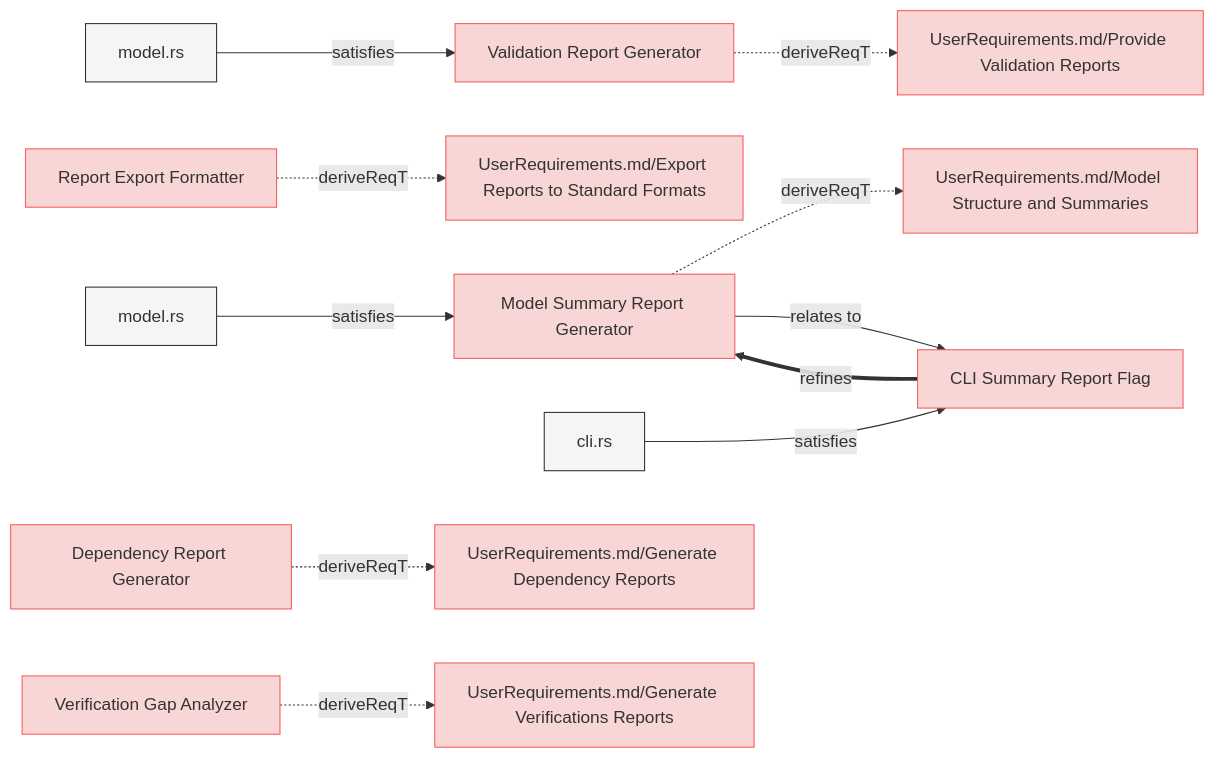
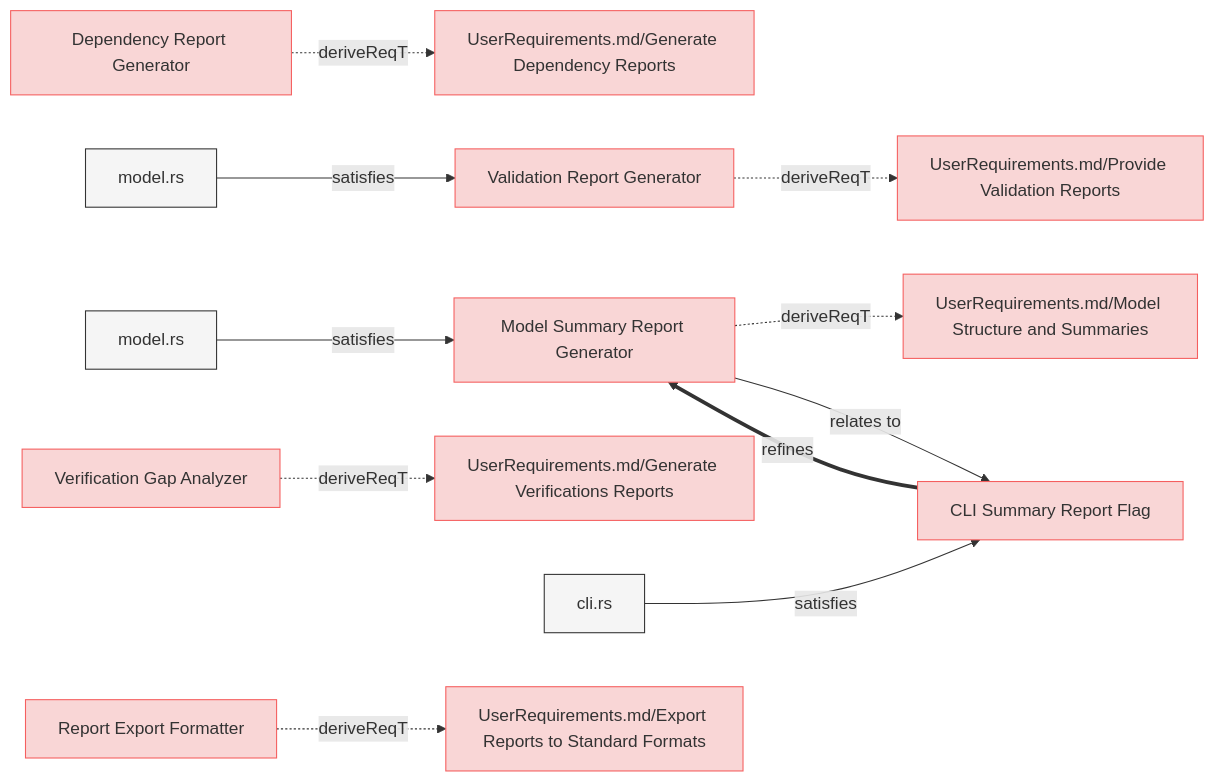
Before and after one commit to reqvire-org/reqvire: the eighth of 8 diagrams in specifications/SystemRequirements/Requirements.md, drawn with Mermaid. The commit also changed other lines of this file and 7 other files, not shown here.

````diff
--- a/specifications/SystemRequirements/Requirements.md
+++ b/specifications/SystemRequirements/Requirements.md
@@ -1017,61 +1017,61 @@
 ```mermaid
 graph LR;
   %% Graph styling
   classDef requirement fill:#f9d6d6,stroke:#f55f5f,stroke-width:1px;
   classDef verification fill:#d6f9d6,stroke:#5fd75f,stroke-width:1px;
   classDef externalLink fill:#d0e0ff,stroke:#3080ff,stroke-width:1px;
   classDef default fill:#f5f5f5,stroke:#333333,stroke-width:1px;
 
+  57cbef16c5["Dependency Report Generator"];
+  click 57cbef16c5 "Requirements.md#dependency-report-generator";
+  class 57cbef16c5 requirement;
+  812d42f453["UserRequirements.md/Generate Dependency Reports"];
+  class 812d42f453 requirement;
+  click 812d42f453 "../UserRequirements.md#generate-dependency-reports";
+  57cbef16c5 -.->|deriveReqT| 812d42f453;
   143766be8c["Validation Report Generator"];
   click 143766be8c "Requirements.md#validation-report-generator";
   class 143766be8c requirement;
   482c757913["UserRequirements.md/Provide Validation Reports"];
   class 482c757913 requirement;
   click 482c757913 "../UserRequirements.md#provide-validation-reports";
   143766be8c -.->|deriveReqT| 482c757913;
   6136c216c9["model.rs"];
   class 6136c216c9 default;
   click 6136c216c9 "../../core/src/model.rs";
   6136c216c9 -->|satisfies| 143766be8c;
-  2ccb7e5510["Report Export Formatter"];
-  click 2ccb7e5510 "Requirements.md#report-export-formatter";
-  class 2ccb7e5510 requirement;
-  2afa7f3a20["UserRequirements.md/Export Reports to Standard Formats"];
-  class 2afa7f3a20 requirement;
-  click 2afa7f3a20 "../UserRequirements.md#export-reports-to-standard-formats";
-  2ccb7e5510 -.->|deriveReqT| 2afa7f3a20;
   cccd4e46e2["Model Summary Report Generator"];
   click cccd4e46e2 "Requirements.md#model-summary-report-generator";
   class cccd4e46e2 requirement;
   b342220e0d["UserRequirements.md/Model Structure and Summaries"];
   class b342220e0d requirement;
   click b342220e0d "../UserRequirements.md#model-structure-and-summaries";
   cccd4e46e2 -.->|deriveReqT| b342220e0d;
   6292255058["model.rs"];
   class 6292255058 default;
   click 6292255058 "../../core/src/reports.rs";
   6292255058 -->|satisfies| cccd4e46e2;
   6f86272134["CLI Summary Report Flag"];
   class 6f86272134 requirement;
   click 6f86272134 "Requirements.md#cli-summary-report-flag";
   cccd4e46e2 -->|relates to| 6f86272134;
-  6f86272134 ==>|refines| cccd4e46e2;
-  11ffc4632a["cli.rs"];
-  class 11ffc4632a default;
-  click 11ffc4632a "../../cli/src/cli.rs";
-  11ffc4632a -->|satisfies| 6f86272134;
-  57cbef16c5["Dependency Report Generator"];
-  click 57cbef16c5 "Requirements.md#dependency-report-generator";
-  class 57cbef16c5 requirement;
-  812d42f453["UserRequirements.md/Generate Dependency Reports"];
-  class 812d42f453 requirement;
-  click 812d42f453 "../UserRequirements.md#generate-dependency-reports";
-  57cbef16c5 -.->|deriveReqT| 812d42f453;
   d842bc0e30["Verification Gap Analyzer"];
   click d842bc0e30 "Requirements.md#verification-gap-analyzer";
   class d842bc0e30 requirement;
   d0e9e8d143["UserRequirements.md/Generate Verifications Reports"];
   class d0e9e8d143 requirement;
   click d0e9e8d143 "../UserRequirements.md#generate-verifications-reports";
   d842bc0e30 -.->|deriveReqT| d0e9e8d143;
+  6f86272134 ==>|refines| cccd4e46e2;
+  11ffc4632a["cli.rs"];
+  class 11ffc4632a default;
+  click 11ffc4632a "../../cli/src/cli.rs";
+  11ffc4632a -->|satisfies| 6f86272134;
+  2ccb7e5510["Report Export Formatter"];
+  click 2ccb7e5510 "Requirements.md#report-export-formatter";
+  class 2ccb7e5510 requirement;
+  2afa7f3a20["UserRequirements.md/Export Reports to Standard Formats"];
+  class 2afa7f3a20 requirement;
+  click 2afa7f3a20 "../UserRequirements.md#export-reports-to-standard-formats";
+  2ccb7e5510 -.->|deriveReqT| 2afa7f3a20;
 ```
````
